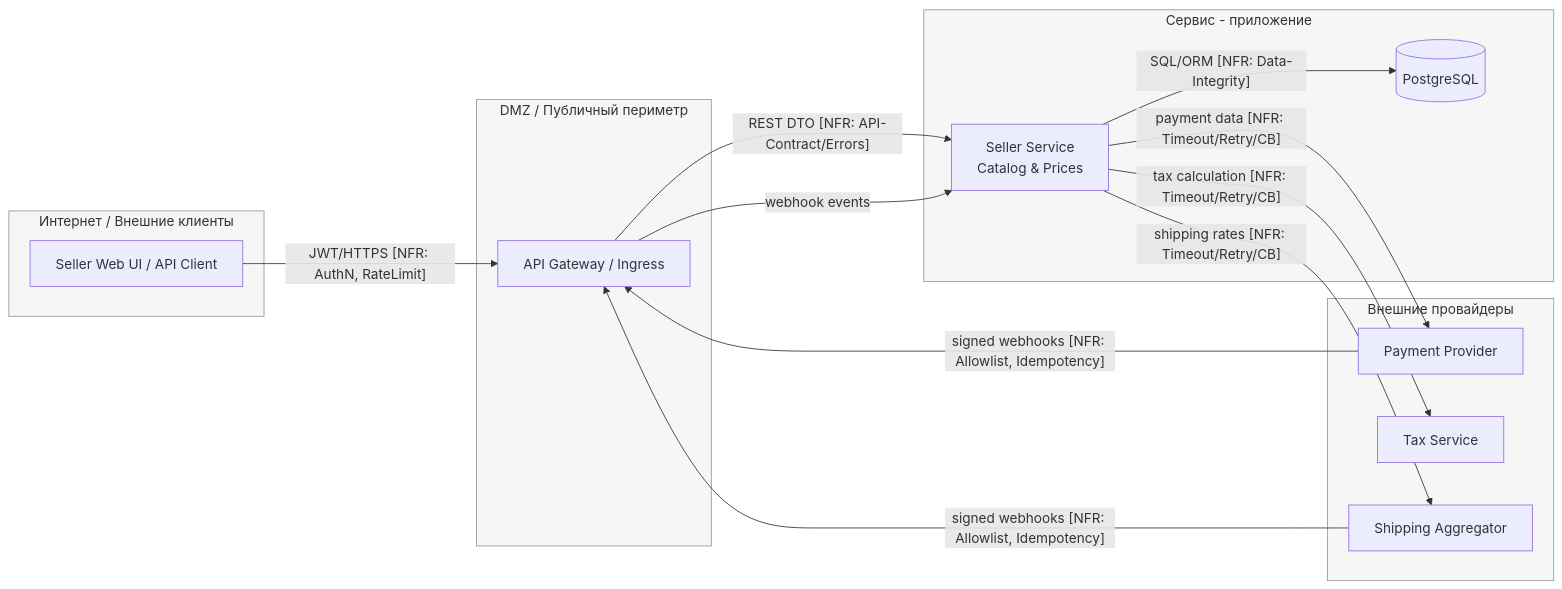
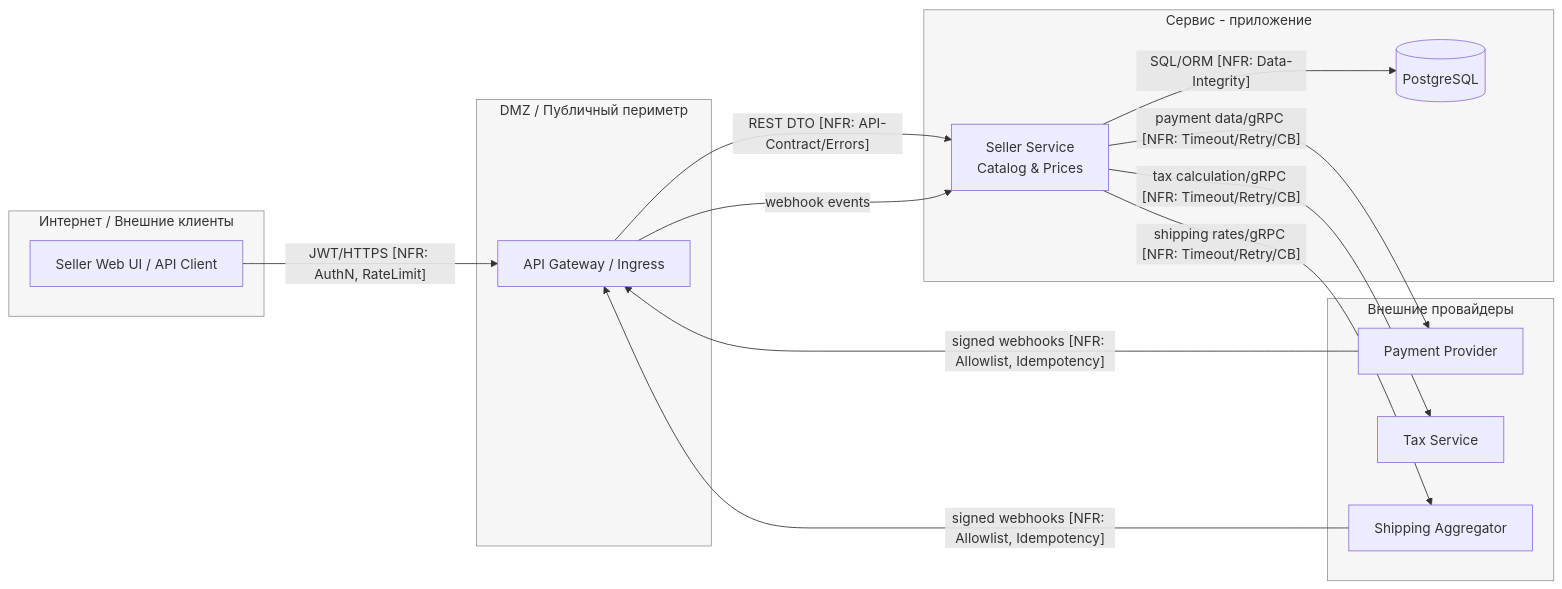
Before and after one commit to TVI-ARTEM/secdev-lite-repo: the diagram in GRADING/TM.md, drawn with Mermaid.

````diff
--- a/GRADING/TM.md
+++ b/GRADING/TM.md
@@ -28,41 +28,41 @@
 ```mermaid
 flowchart LR
   %% --- Trust boundaries ---
   subgraph Internet[Интернет / Внешние клиенты]
     U[Seller Web UI / API Client]
   end
 
   subgraph DMZ[DMZ / Публичный периметр]
     A[API Gateway / Ingress]
   end
 
   subgraph Service[Сервис - приложение]
     S[Seller Service<br/>Catalog & Prices]
     D[(PostgreSQL)]
   end
 
   subgraph External[Внешние провайдеры]
     PSP[Payment Provider]
     TAX[Tax Service]
     SHP[Shipping Aggregator]
   end
 
   %% --- Основные потоки ---
   U -- "JWT/HTTPS [NFR: AuthN, RateLimit]" --> A
   A -->|"REST DTO [NFR: API-Contract/Errors]"| S
   S -->|"SQL/ORM [NFR: Data-Integrity]"| D
-  S -->|"payment data [NFR: Timeout/Retry/CB]"| PSP
-  S -->|"tax calculation [NFR: Timeout/Retry/CB]"| TAX
-  S -->|"shipping rates [NFR: Timeout/Retry/CB]"| SHP
+  S -->|"payment data/gRPC [NFR: Timeout/Retry/CB]"| PSP
+  S -->|"tax calculation/gRPC [NFR: Timeout/Retry/CB]"| TAX
+  S -->|"shipping rates/gRPC [NFR: Timeout/Retry/CB]"| SHP
 
   %% --- Webhooks обратно ---
   PSP -- "signed webhooks [NFR: Allowlist, Idempotency]" --> A
   SHP -- "signed webhooks [NFR: Allowlist, Idempotency]" --> A
   A -->|"webhook events"| S
 
   %% --- Границы оформления ---
   classDef boundary fill:#f6f6f6,stroke:#999,stroke-width:1px;
   class Internet,DMZ,Service,External boundary;
 
 
 ```
````
